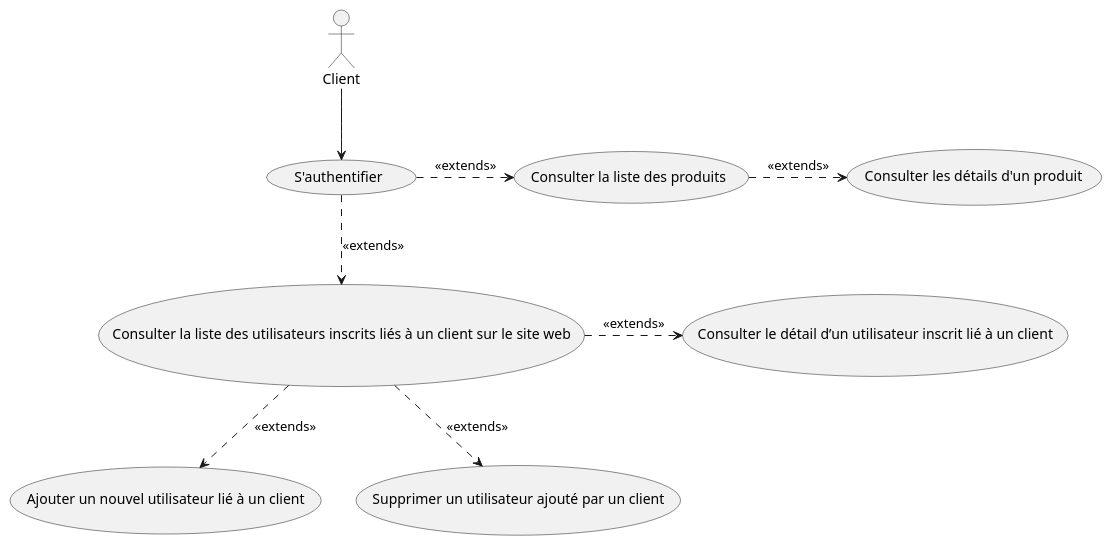
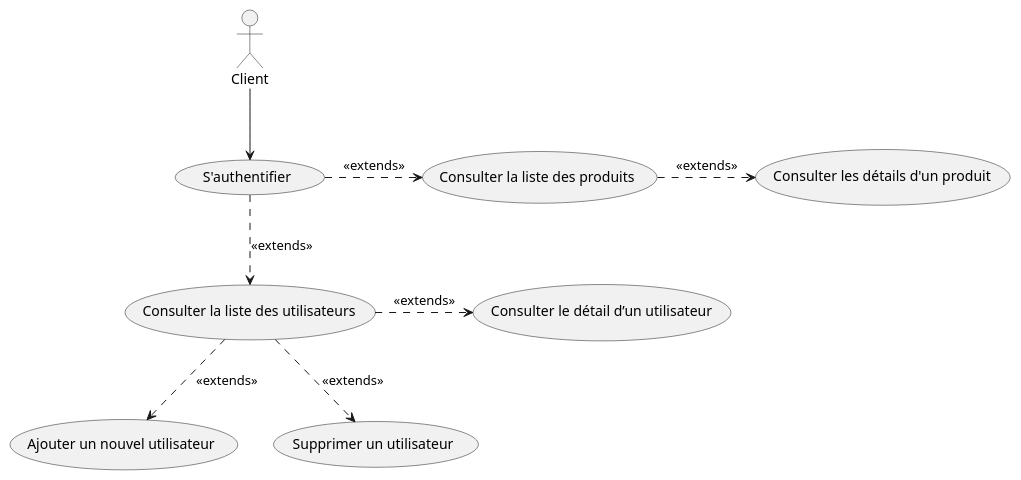
Before and after one commit to leomoille/BilmoAPI: the diagram in diagrams/plantuml/use_case.puml, drawn with PlantUML. The commit also changed 10 other files, not shown here.

Commit message:
:memo: Update diagrams!

```diff
--- a/diagrams/plantuml/use_case.puml
+++ b/diagrams/plantuml/use_case.puml
@@ -1,21 +1,21 @@
 @startuml
 'https://plantuml.com/use-case-diagram
 
 actor Client as c
 (S'authentifier) as (auth)
 (Consulter la liste des produits) as (consultProductList)
 (Consulter les détails d'un produit) as (consultProductDetails)
-(Consulter la liste des utilisateurs inscrits liés à un client sur le site web) as (consultUserClient)
-(Consulter le détail d’un utilisateur inscrit lié à un client) as (consultUserDetails)
-(Ajouter un nouvel utilisateur lié à un client) as (addUser)
-(Supprimer un utilisateur ajouté par un client) as (removeUser)
+(Consulter la liste des utilisateurs) as (consultUserClient)
+(Consulter le détail d’un utilisateur) as (consultUserDetails)
+(Ajouter un nouvel utilisateur) as (addUser)
+(Supprimer un utilisateur) as (removeUser)
 
 c --> (auth)
 (auth) .> (consultProductList) : <<extends>>
 (consultProductList) .> (consultProductDetails) : <<extends>>
 (auth) ..> (consultUserClient) : <<extends>>
 (consultUserClient) .> (consultUserDetails) : <<extends>>
 (consultUserClient) ..> (addUser) : <<extends>>
 (consultUserClient) ..> (removeUser) : <<extends>>
 
 @enduml
```
